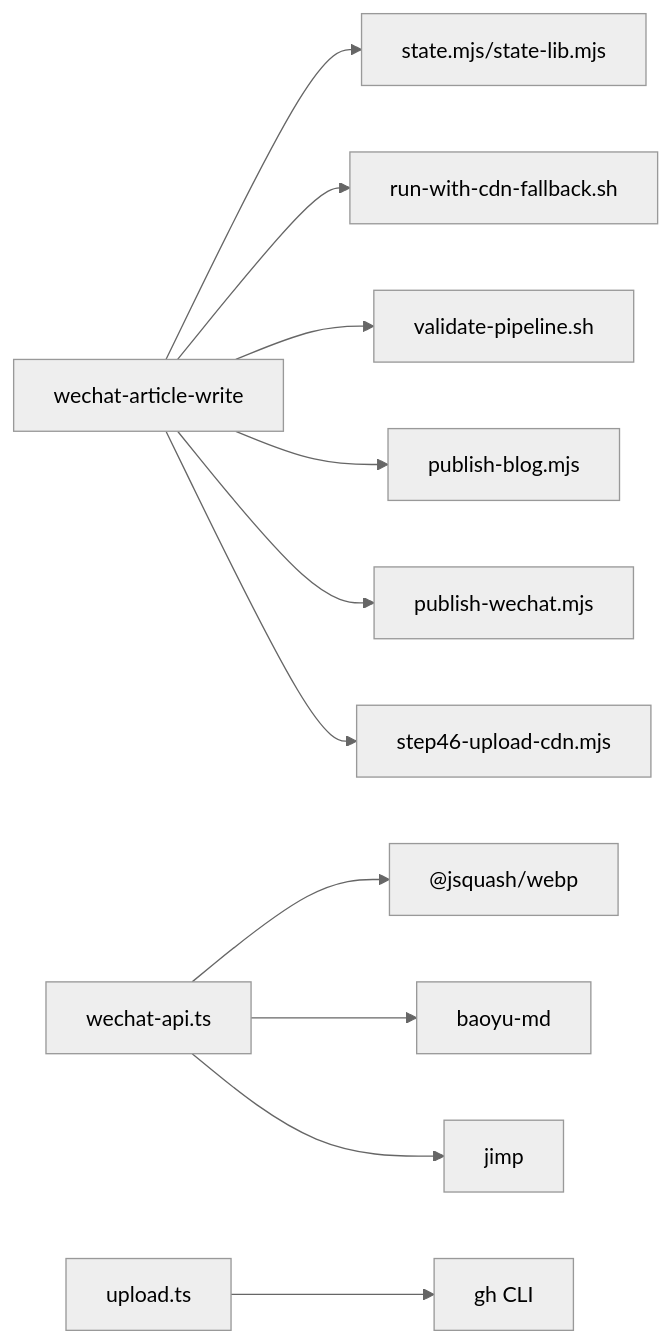
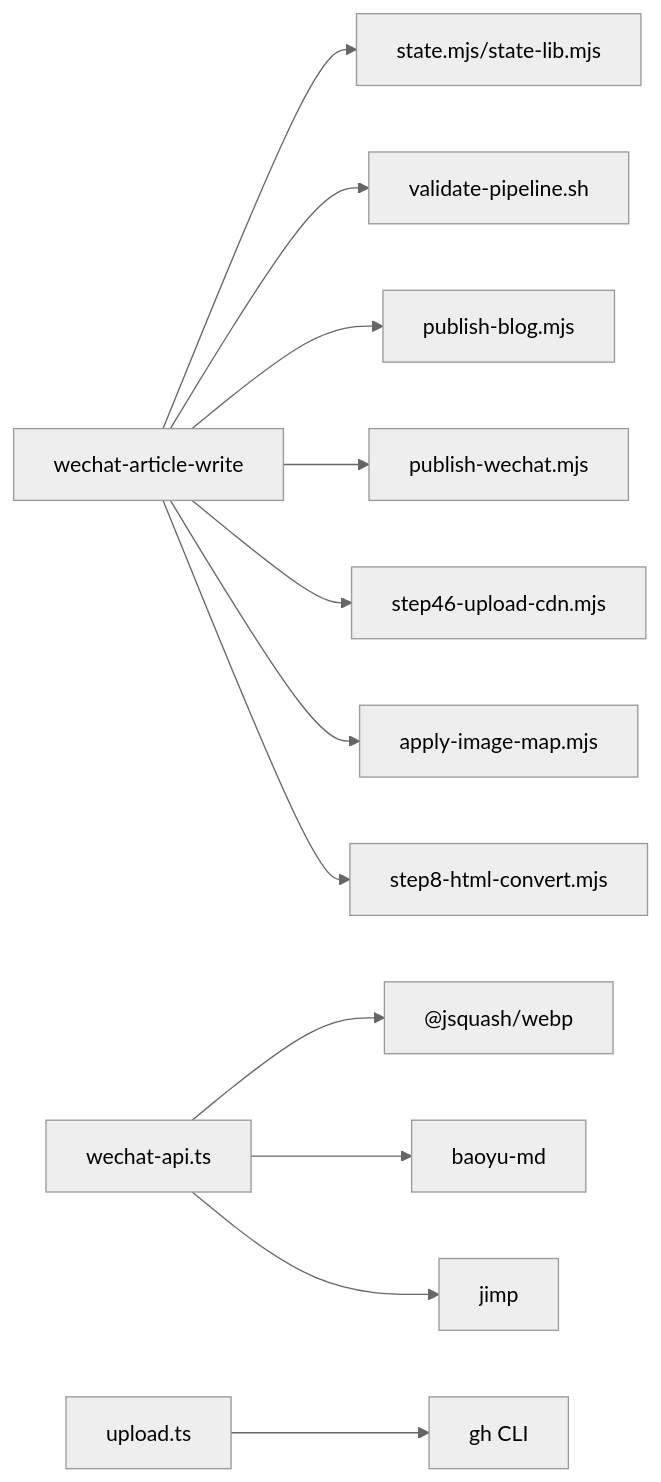
Before and after one commit to NTLx/ntlx.github.io: the sixth of 6 diagrams in .qoder/repowiki/zh/content/AI 技能系统/发布自动化技能/发布自动化技能.md, drawn with Mermaid (neutral theme). The commit also changed other lines of this file and 3 other files, not shown here.

````diff
--- a/.qoder/repowiki/zh/content/AI 技能系统/发布自动化技能/发布自动化技能.md
+++ b/.qoder/repowiki/zh/content/AI 技能系统/发布自动化技能/发布自动化技能.md
@@ -324,13 +327,14 @@
 ```mermaid
 graph LR
 A["wechat-article-write"] --> B["state.mjs/state-lib.mjs"]
-A --> C["run-with-cdn-fallback.sh"]
-A --> D["validate-pipeline.sh"]
-A --> E["publish-blog.mjs"]
-A --> F["publish-wechat.mjs"]
-A --> G["step46-upload-cdn.mjs"]
-H["wechat-api.ts"] --> I["@jsquash/webp"]
-H --> J["baoyu-md"]
-H --> K["jimp"]
-L["upload.ts"] --> M["gh CLI"]
+A --> C["validate-pipeline.sh"]
+A --> D["publish-blog.mjs"]
+A --> E["publish-wechat.mjs"]
+A --> F["step46-upload-cdn.mjs"]
+A --> G["apply-image-map.mjs"]
+A --> H["step8-html-convert.mjs"]
+I["wechat-api.ts"] --> J["@jsquash/webp"]
+I --> K["baoyu-md"]
+I --> L["jimp"]
+M["upload.ts"] --> N["gh CLI"]
 ```
````
